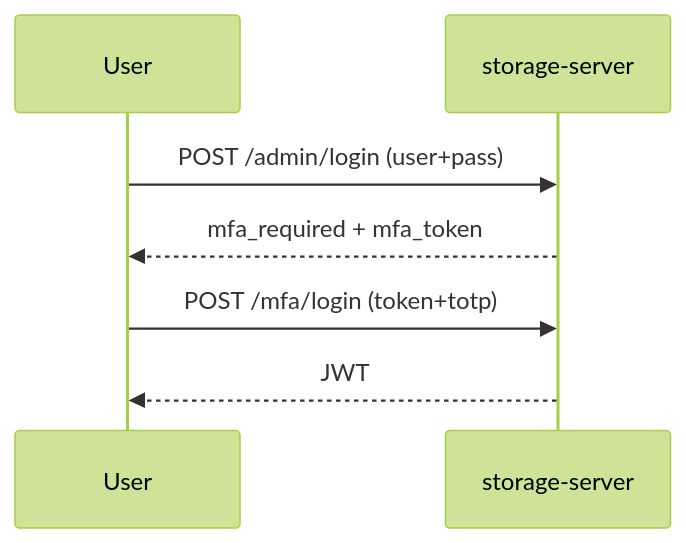
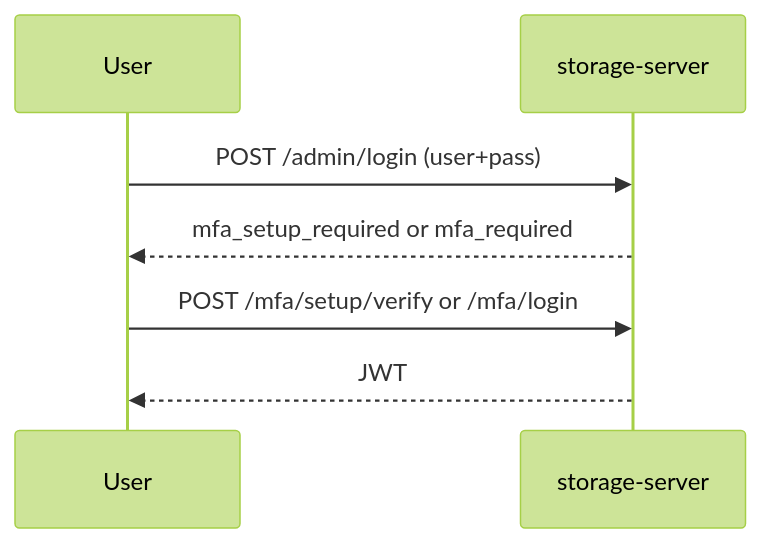
One commit to DirektorBani/DataSafeS3 changed the diagram in docs/administrator-guide/en/mfa.md. Above: the diagram before and after it, drawn with Mermaid (forest theme). The commit also changed other lines of this file and 225 other files, not shown here.

````diff
--- a/docs/administrator-guide/en/mfa.md
+++ b/docs/administrator-guide/en/mfa.md
@@ -19,9 +21,9 @@
 ```mermaid
 sequenceDiagram
   participant U as User
   participant S as storage-server
   U->>S: POST /admin/login (user+pass)
-  S-->>U: mfa_required + mfa_token
-  U->>S: POST /mfa/login (token+totp)
+  S-->>U: mfa_setup_required or mfa_required
+  U->>S: POST /mfa/setup/verify or /mfa/login
   S-->>U: JWT
 ```
````
